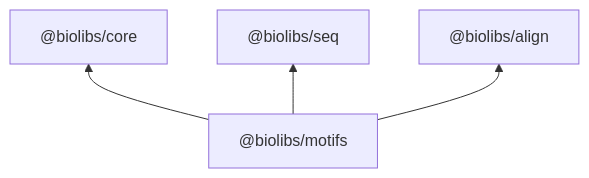
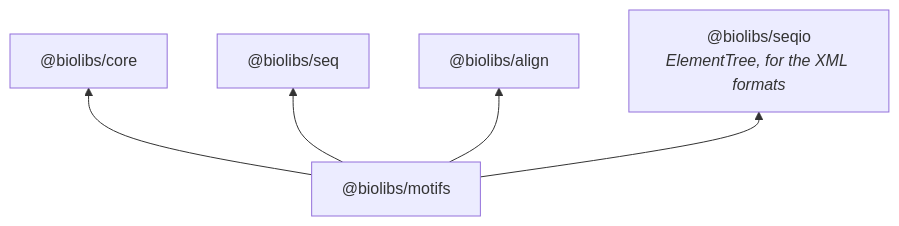
Before and after one commit to matthewlovestocode/biolibs: the diagram in packages/motifs/README.md, drawn with Mermaid. The commit also changed 31 other files, not shown here.

````diff
--- a/packages/motifs/README.md
+++ b/packages/motifs/README.md
@@ -56,6 +56,7 @@
 ```mermaid
 graph BT
   motifs["@biolibs/motifs"] --> core["@biolibs/core"]
   motifs --> seq["@biolibs/seq"]
   motifs --> align["@biolibs/align"]
+  motifs --> seqio["@biolibs/seqio<br/><i>ElementTree, for the XML formats</i>"]
 ```
````
